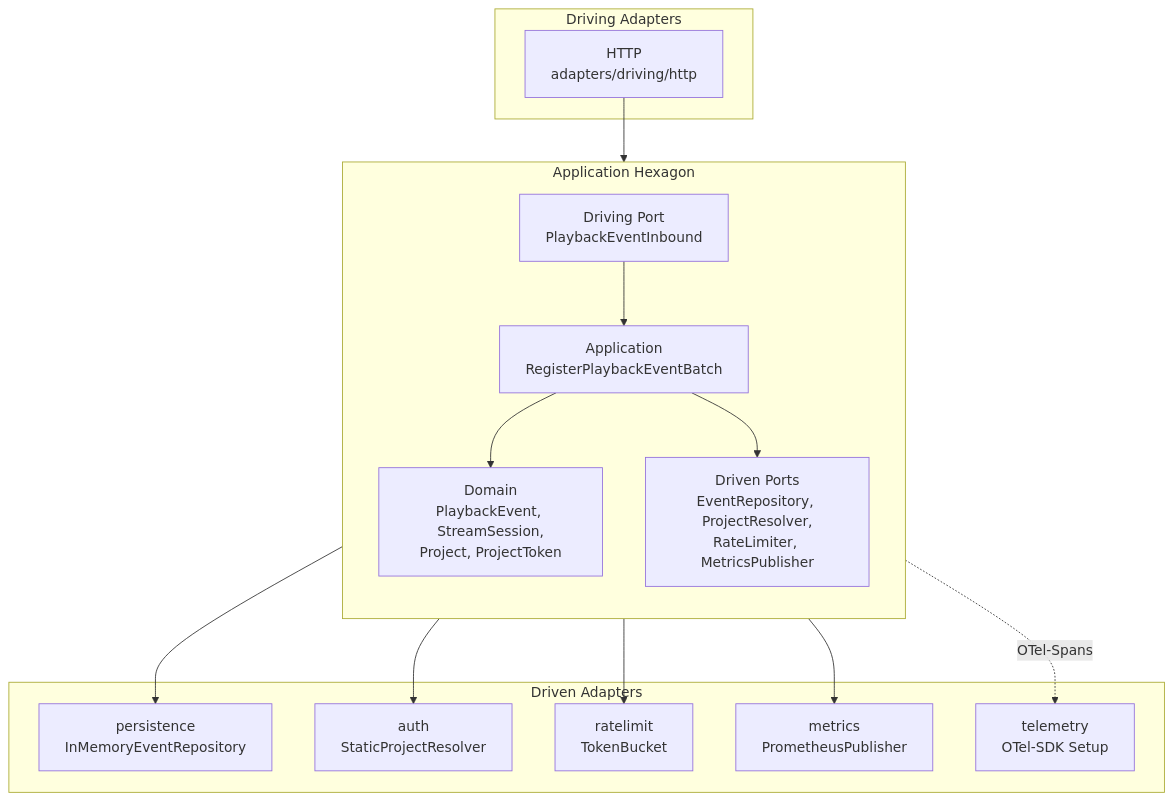
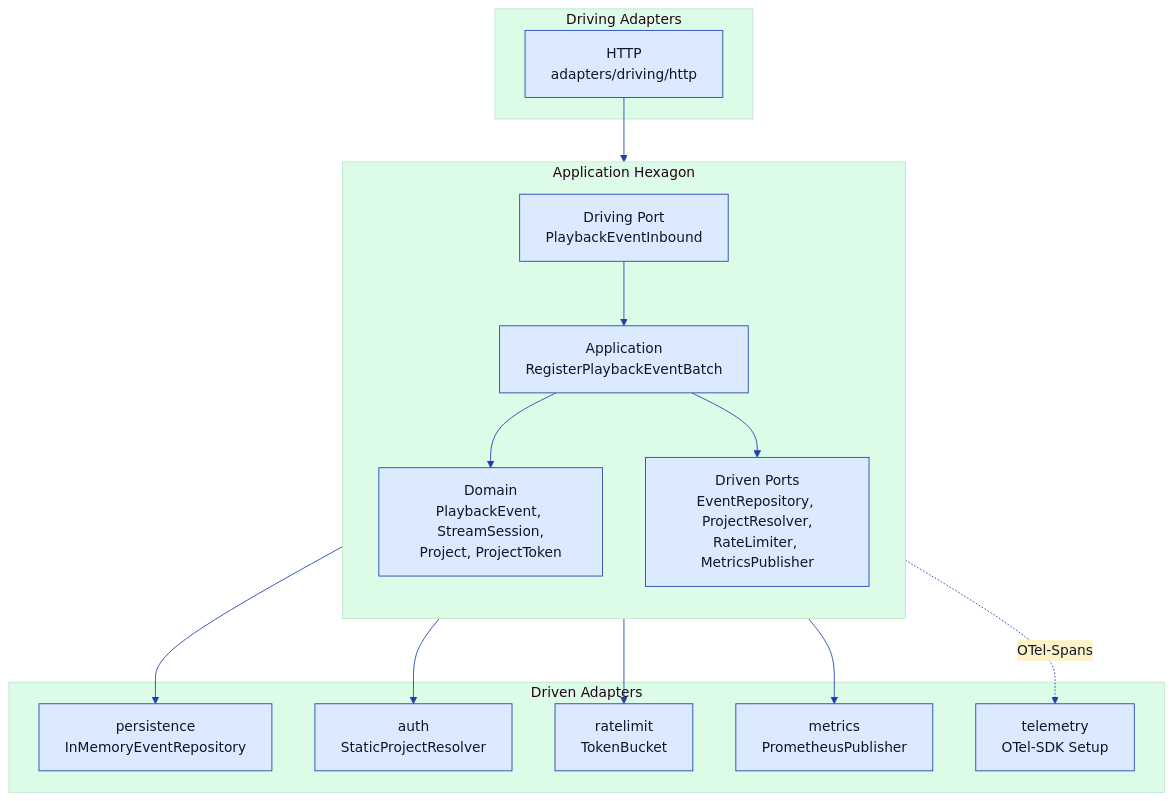
Before and after one commit to pt9912/m-trace: the second of 6 diagrams in docs/architecture.md, drawn with Mermaid. The commit also changed other lines of this file, not shown here.

First line of the commit message:
docs(architecture): erhöhe Mermaid-Kontrast für Pfeile und Text

````diff
--- a/docs/architecture.md
+++ b/docs/architecture.md
@@ -93,33 +94,34 @@
 ```mermaid
+%%{init: {'theme':'base','themeVariables':{'primaryColor':'#dbeafe','primaryTextColor':'#0f172a','primaryBorderColor':'#1e40af','lineColor':'#1e40af','secondaryColor':'#fef3c7','tertiaryColor':'#dcfce7','noteBkgColor':'#fef3c7','noteTextColor':'#0f172a','noteBorderColor':'#a16207','actorBkg':'#dbeafe','actorBorder':'#1e40af','actorTextColor':'#0f172a','actorLineColor':'#475569','signalColor':'#0f172a','signalTextColor':'#0f172a','sequenceNumberColor':'#ffffff','labelTextColor':'#0f172a','loopTextColor':'#0f172a'}}}%%
 flowchart TB
     subgraph driving["Driving Adapters"]
         HTTP["HTTP<br/>adapters/driving/http"]
     end
 
     subgraph hexagon["Application Hexagon"]
         direction TB
         InPort["Driving Port<br/>PlaybackEventInbound"]
         UseCase["Application<br/>RegisterPlaybackEventBatch"]
         Domain["Domain<br/>PlaybackEvent, StreamSession,<br/>Project, ProjectToken"]
         OutPorts["Driven Ports<br/>EventRepository, ProjectResolver,<br/>RateLimiter, MetricsPublisher"]
 
         InPort --> UseCase
         UseCase --> Domain
         UseCase --> OutPorts
     end
 
     subgraph driven["Driven Adapters"]
         Persist["persistence<br/>InMemoryEventRepository"]
         Auth["auth<br/>StaticProjectResolver"]
         Rate["ratelimit<br/>TokenBucket"]
         Metrics["metrics<br/>PrometheusPublisher"]
         Telemetry["telemetry<br/>OTel-SDK Setup"]
     end
 
     HTTP --> InPort
     OutPorts --> Persist
     OutPorts --> Auth
     OutPorts --> Rate
     OutPorts --> Metrics
     UseCase -.OTel-Spans.-> Telemetry
 ```
````
